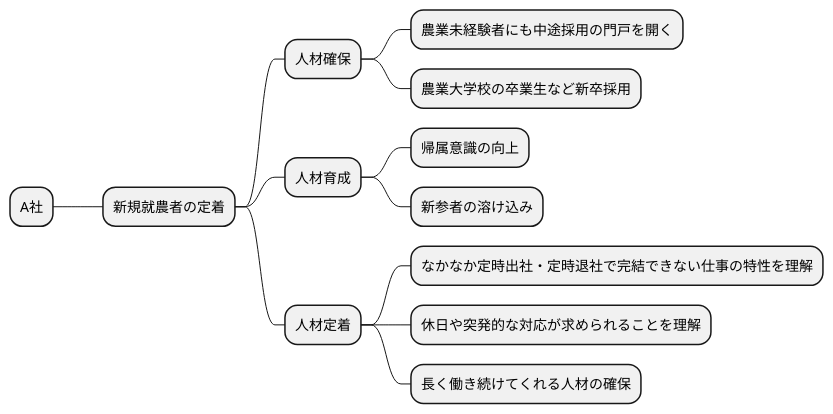
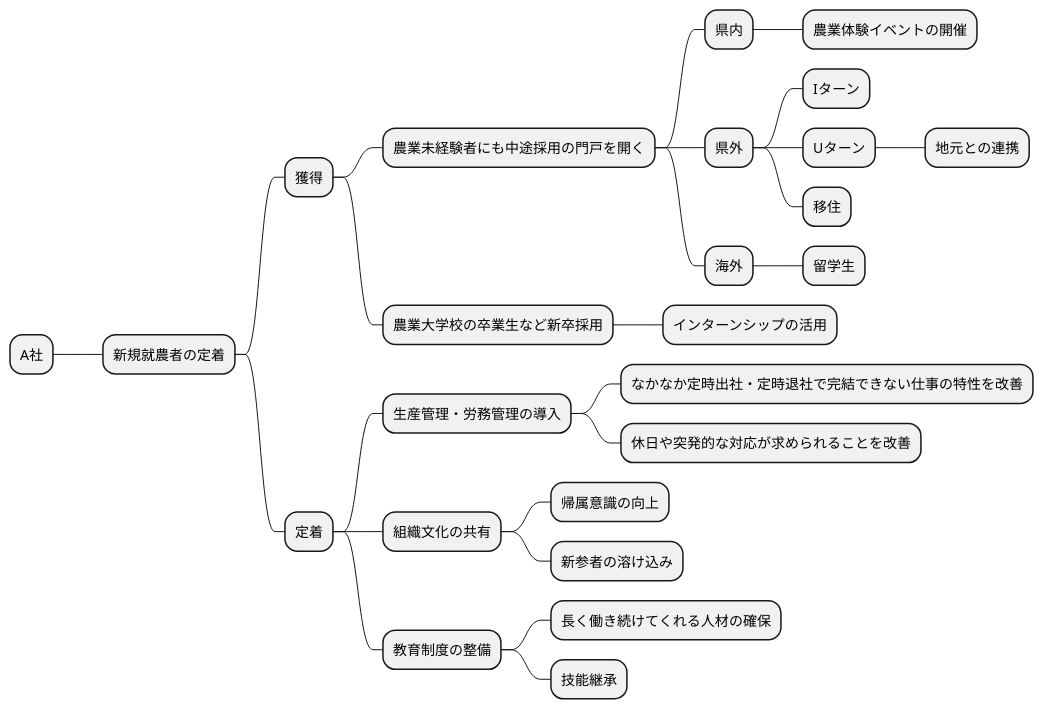
Before and after one commit to k2works/requirements_definition_excercise: the second of 15 diagrams in docs/R04/study/take01.md, drawn with PlantUML. The commit also changed other lines of this file, not shown here.

````diff
--- a/docs/R04/study/take01.md
+++ b/docs/R04/study/take01.md
@@ -75,16 +77,29 @@
 ```plantuml
 @startmindmap
 * A社
 ** 新規就農者の定着
-*** 人材確保
+*** 獲得
 **** 農業未経験者にも中途採用の門戸を開く
+***** 県内
+****** 農業体験イベントの開催
+***** 県外
+****** Iターン
+****** Uターン
+******* 地元との連携
+****** 移住
+***** 海外
+****** 留学生
 **** 農業大学校の卒業生など新卒採用
-*** 人材育成
-**** 帰属意識の向上
-**** 新参者の溶け込み
-*** 人材定着
-**** なかなか定時出社・定時退社で完結できない仕事の特性を理解
-**** 休日や突発的な対応が求められることを理解
-**** 長く働き続けてくれる人材の確保
+***** インターンシップの活用
+*** 定着
+**** 生産管理・労務管理の導入
+***** なかなか定時出社・定時退社で完結できない仕事の特性を改善
+***** 休日や突発的な対応が求められることを改善
+**** 組織文化の共有
+***** 帰属意識の向上
+***** 新参者の溶け込み
+**** 教育制度の整備
+***** 長く働き続けてくれる人材の確保
+***** 技能継承
 @endmindmap
 ```
````
